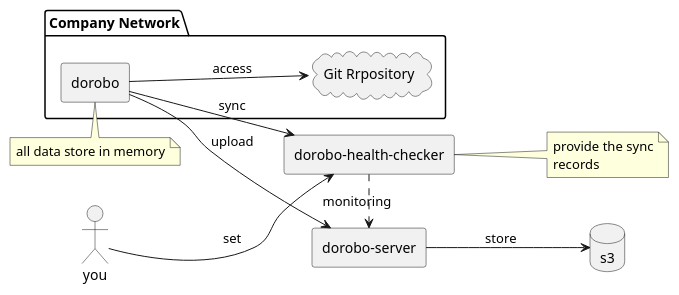
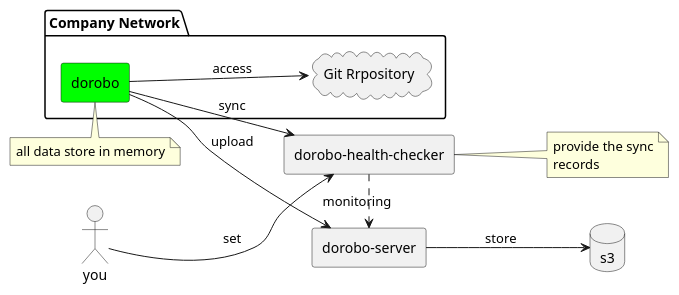
The diagram in puml/arch.puml (tsunejui/dorobo), drawn with PlantUML before and after one commit. The commit also changed 1 other file, not shown here.

```diff
--- a/puml/arch.puml
+++ b/puml/arch.puml
@@ -1,28 +1,28 @@
 @startuml arch
 left to right direction
 
 actor "you" as user
 database "s3" as db
 agent "dorobo-server" as svr
 agent "dorobo-health-checker" as checker
 package "Company Network" {
-    agent "dorobo" as c
+    agent "dorobo" as c #00ff00
     cloud "Git Rrpository" as git
 }
 
 c --> git : access
 note top of c
 all data store in memory
 end note
 
 c --> svr : upload
 svr --> db : store
 c --> checker  : sync
 checker .> svr : monitoring
 user --> checker : set
 note right of checker
 provide the sync
 records
 end note
 
 @enduml
```
